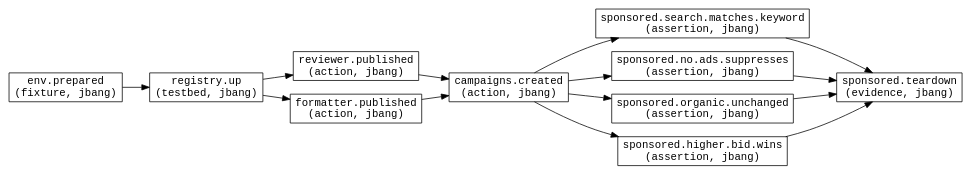
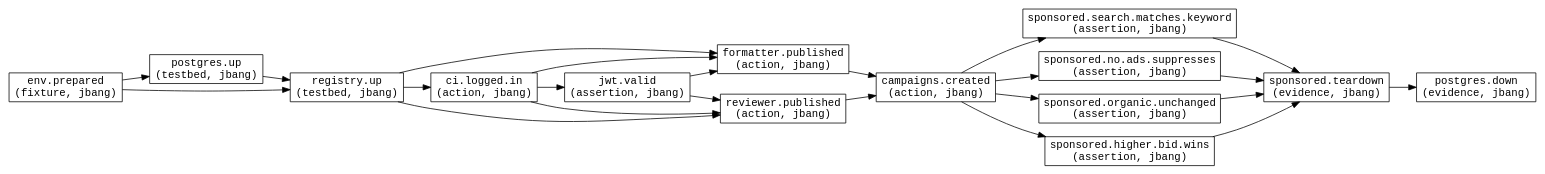
The diagram in test_graph/docs/sponsored.dot (haydenrear/skill-manager), drawn with Graphviz before and after one commit. The commit also changed 94 other files, not shown here.

```diff
--- a/test_graph/docs/sponsored.dot
+++ b/test_graph/docs/sponsored.dot
@@ -1,27 +1,40 @@
 digraph "sponsored" {
   rankdir=LR;
   node [shape=box,fontname="Courier"];
   "env.prepared" [label="env.prepared\n(fixture, jbang)"];
+  "postgres.up" [label="postgres.up\n(testbed, jbang)"];
   "registry.up" [label="registry.up\n(testbed, jbang)"];
+  "ci.logged.in" [label="ci.logged.in\n(action, jbang)"];
+  "jwt.valid" [label="jwt.valid\n(assertion, jbang)"];
   "reviewer.published" [label="reviewer.published\n(action, jbang)"];
   "formatter.published" [label="formatter.published\n(action, jbang)"];
   "campaigns.created" [label="campaigns.created\n(action, jbang)"];
   "sponsored.search.matches.keyword" [label="sponsored.search.matches.keyword\n(assertion, jbang)"];
   "sponsored.no.ads.suppresses" [label="sponsored.no.ads.suppresses\n(assertion, jbang)"];
   "sponsored.organic.unchanged" [label="sponsored.organic.unchanged\n(assertion, jbang)"];
   "sponsored.higher.bid.wins" [label="sponsored.higher.bid.wins\n(assertion, jbang)"];
   "sponsored.teardown" [label="sponsored.teardown\n(evidence, jbang)"];
+  "postgres.down" [label="postgres.down\n(evidence, jbang)"];
+  "env.prepared" -> "postgres.up";
   "env.prepared" -> "registry.up";
+  "postgres.up" -> "registry.up";
+  "registry.up" -> "ci.logged.in";
+  "ci.logged.in" -> "jwt.valid";
   "registry.up" -> "reviewer.published";
+  "ci.logged.in" -> "reviewer.published";
+  "jwt.valid" -> "reviewer.published";
   "registry.up" -> "formatter.published";
+  "ci.logged.in" -> "formatter.published";
+  "jwt.valid" -> "formatter.published";
   "reviewer.published" -> "campaigns.created";
   "formatter.published" -> "campaigns.created";
   "campaigns.created" -> "sponsored.search.matches.keyword";
   "campaigns.created" -> "sponsored.no.ads.suppresses";
   "campaigns.created" -> "sponsored.organic.unchanged";
   "campaigns.created" -> "sponsored.higher.bid.wins";
   "sponsored.search.matches.keyword" -> "sponsored.teardown";
   "sponsored.no.ads.suppresses" -> "sponsored.teardown";
   "sponsored.organic.unchanged" -> "sponsored.teardown";
   "sponsored.higher.bid.wins" -> "sponsored.teardown";
+  "sponsored.teardown" -> "postgres.down";
 }
```
